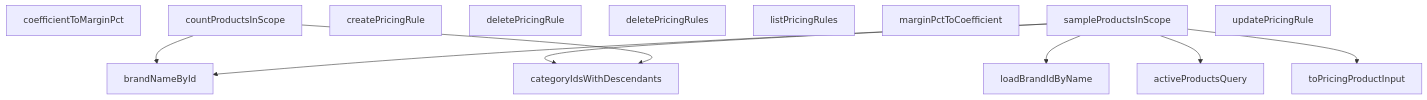
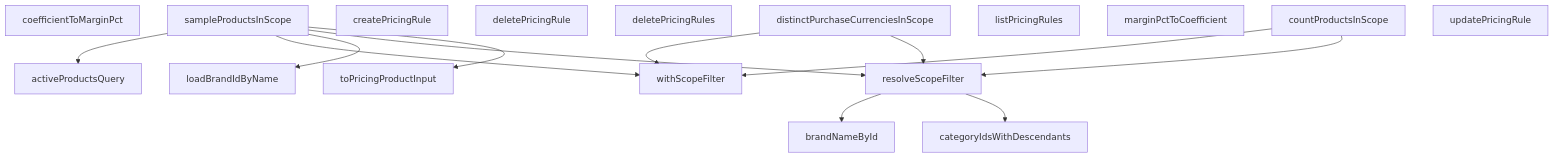
Before and after one commit to peckop/venthub-hvac-esite: the diagram in src/lib/services/pricingAdmin.service.md, drawn with Mermaid. The commit also changed other lines of this file and 22 other files, not shown here.

````diff
--- a/src/lib/services/pricingAdmin.service.md
+++ b/src/lib/services/pricingAdmin.service.md
@@ -325,24 +436,31 @@
 ```mermaid
 graph TD
     pricingAdmin_service_ts__activeProductsQuery["activeProductsQuery"]
     pricingAdmin_service_ts__brandNameById["brandNameById"]
     pricingAdmin_service_ts__categoryIdsWithDescendants["categoryIdsWithDescendants"]
     pricingAdmin_service_ts__coefficientToMarginPct["coefficientToMarginPct"]
     pricingAdmin_service_ts__countProductsInScope["countProductsInScope"]
     pricingAdmin_service_ts__createPricingRule["createPricingRule"]
     pricingAdmin_service_ts__deletePricingRule["deletePricingRule"]
     pricingAdmin_service_ts__deletePricingRules["deletePricingRules"]
+    pricingAdmin_service_ts__distinctPurchaseCurrenciesInScope["distinctPurchaseCurrenciesInScope"]
     pricingAdmin_service_ts__listPricingRules["listPricingRules"]
     pricingAdmin_service_ts__loadBrandIdByName["loadBrandIdByName"]
     pricingAdmin_service_ts__marginPctToCoefficient["marginPctToCoefficient"]
+    pricingAdmin_service_ts__resolveScopeFilter["resolveScopeFilter"]
     pricingAdmin_service_ts__sampleProductsInScope["sampleProductsInScope"]
     pricingAdmin_service_ts__toPricingProductInput["toPricingProductInput"]
     pricingAdmin_service_ts__updatePricingRule["updatePricingRule"]
+    pricingAdmin_service_ts__withScopeFilter["withScopeFilter"]
+    pricingAdmin_service_ts__sampleProductsInScope --> pricingAdmin_service_ts__activeProductsQuery
+    pricingAdmin_service_ts__distinctPurchaseCurrenciesInScope --> pricingAdmin_service_ts__withScopeFilter
+    pricingAdmin_service_ts__sampleProductsInScope --> pricingAdmin_service_ts__withScopeFilter
     pricingAdmin_service_ts__sampleProductsInScope --> pricingAdmin_service_ts__loadBrandIdByName
-    pricingAdmin_service_ts__countProductsInScope --> pricingAdmin_service_ts__brandNameById
-    pricingAdmin_service_ts__sampleProductsInScope --> pricingAdmin_service_ts__categoryIdsWithDescendants
-    pricingAdmin_service_ts__sampleProductsInScope --> pricingAdmin_service_ts__activeProductsQuery
-    pricingAdmin_service_ts__countProductsInScope --> pricingAdmin_service_ts__categoryIdsWithDescendants
+    pricingAdmin_service_ts__distinctPurchaseCurrenciesInScope --> pricingAdmin_service_ts__resolveScopeFilter
+    pricingAdmin_service_ts__resolveScopeFilter --> pricingAdmin_service_ts__brandNameById
+    pricingAdmin_service_ts__countProductsInScope --> pricingAdmin_service_ts__withScopeFilter
+    pricingAdmin_service_ts__sampleProductsInScope --> pricingAdmin_service_ts__resolveScopeFilter
     pricingAdmin_service_ts__sampleProductsInScope --> pricingAdmin_service_ts__toPricingProductInput
-    pricingAdmin_service_ts__sampleProductsInScope --> pricingAdmin_service_ts__brandNameById
+    pricingAdmin_service_ts__countProductsInScope --> pricingAdmin_service_ts__resolveScopeFilter
+    pricingAdmin_service_ts__resolveScopeFilter --> pricingAdmin_service_ts__categoryIdsWithDescendants
 ```
````
